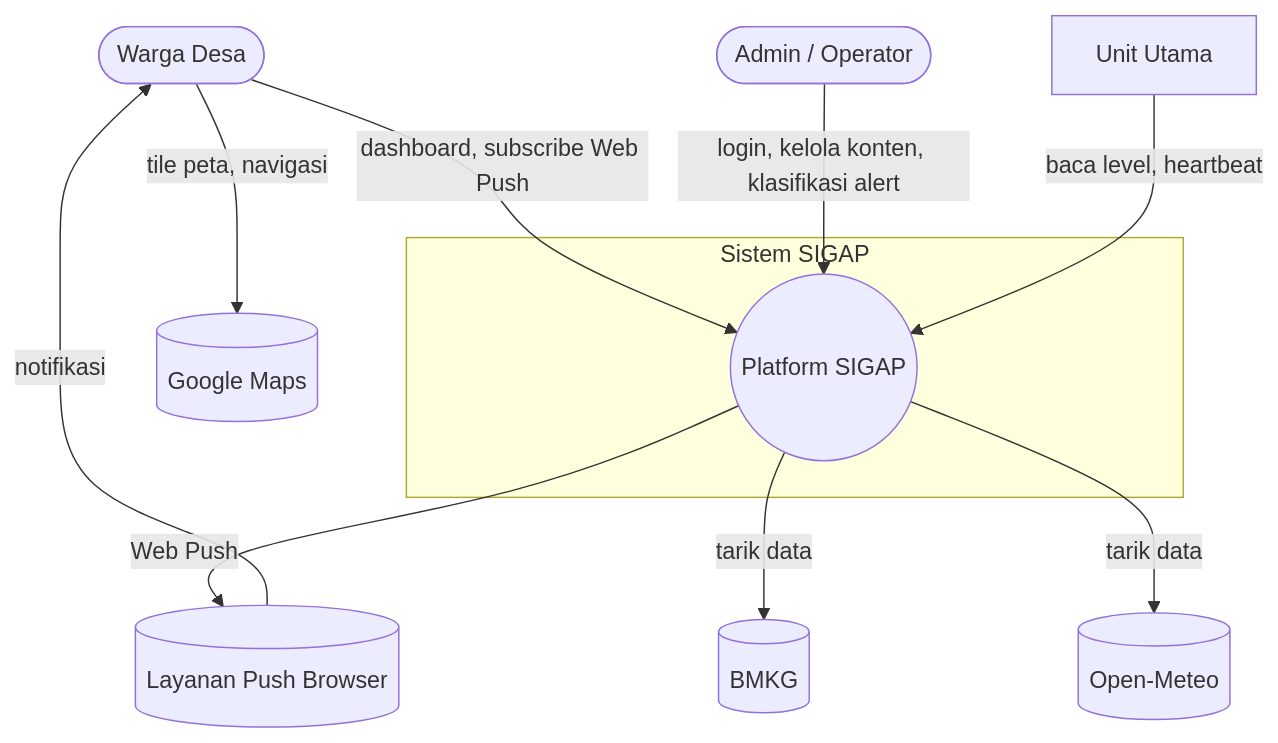
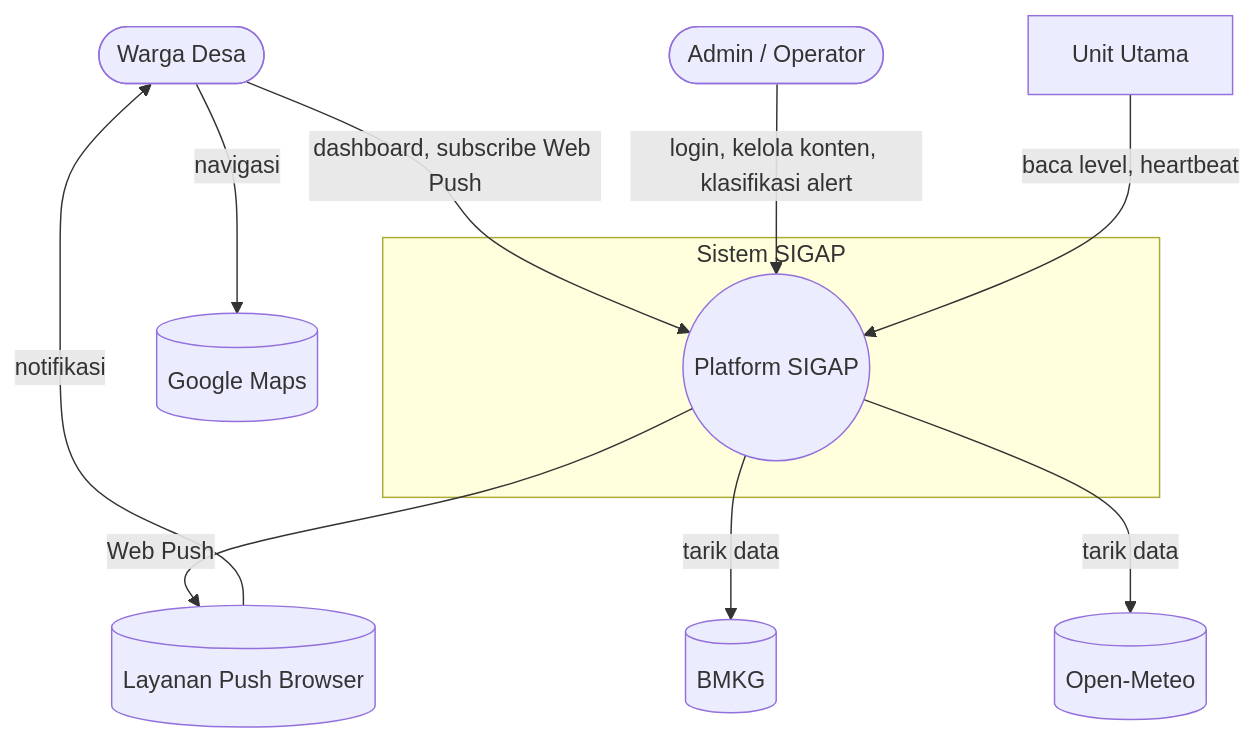
One commit to Vextronode/sigap_app changed the diagram in docs/architecture/01_introduction_and_scope.md. Above: the diagram before and after it, drawn with Mermaid. The commit also changed 29 other files, not shown here.

````diff
--- a/docs/architecture/01_introduction_and_scope.md
+++ b/docs/architecture/01_introduction_and_scope.md
@@ -19,24 +19,24 @@
 ```mermaid
 flowchart TB
     Warga([Warga Desa])
     Admin([Admin / Operator])
     UnitUtama[Unit Utama]
 
     subgraph SIGAP[Sistem SIGAP]
         Core((Platform SIGAP))
     end
 
     BMKG[(BMKG)]
     OpenMeteo[(Open-Meteo)]
     Push[(Layanan Push Browser)]
     GMaps[(Google Maps)]
 
     Warga -- dashboard, subscribe Web Push --> Core
     Core -- Web Push --> Push
     Push -- notifikasi --> Warga
     Admin -- login, kelola konten, klasifikasi alert --> Core
     Core -- tarik data --> BMKG
     Core -- tarik data --> OpenMeteo
-    Warga -- tile peta, navigasi --> GMaps
+    Warga -- navigasi --> GMaps
     UnitUtama -- baca level, heartbeat --> Core
 ```
````
